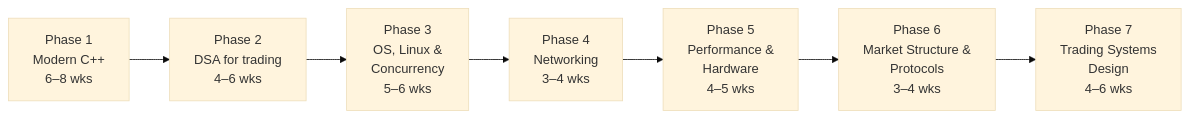
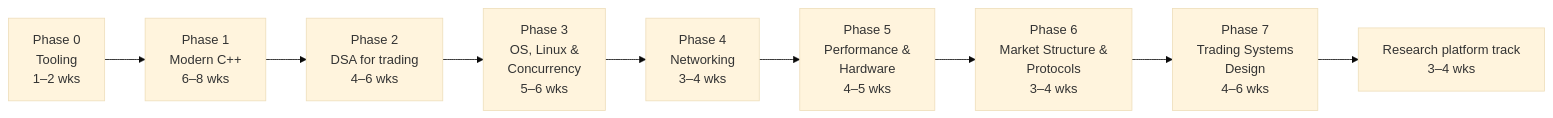
Before and after one commit to MichaelF102/Quant-Resources: the diagram in roadmaps/quant-developer.md, drawn with Mermaid (base theme). The commit also changed other lines of this file and 21 other files, not shown here.

Commit message:
Add cheatsheets, projects, roadmaps, and career guides update

````diff
--- a/roadmaps/quant-developer.md
+++ b/roadmaps/quant-developer.md
@@ -12,9 +12,11 @@
 ```mermaid
 flowchart LR
-    P1[Phase 1<br/>Modern C++<br/>6–8 wks] --> P2[Phase 2<br/>DSA for trading<br/>4–6 wks]
+    P0[Phase 0<br/>Tooling<br/>1–2 wks] --> P1[Phase 1<br/>Modern C++<br/>6–8 wks]
+    P1 --> P2[Phase 2<br/>DSA for trading<br/>4–6 wks]
     P2 --> P3[Phase 3<br/>OS, Linux &<br/>Concurrency<br/>5–6 wks]
     P3 --> P4[Phase 4<br/>Networking<br/>3–4 wks]
     P4 --> P5[Phase 5<br/>Performance &<br/>Hardware<br/>4–5 wks]
     P5 --> P6[Phase 6<br/>Market Structure &<br/>Protocols<br/>3–4 wks]
     P6 --> P7[Phase 7<br/>Trading Systems<br/>Design<br/>4–6 wks]
+    P7 --> RP[Research platform track<br/>3–4 wks]
 ```
````
